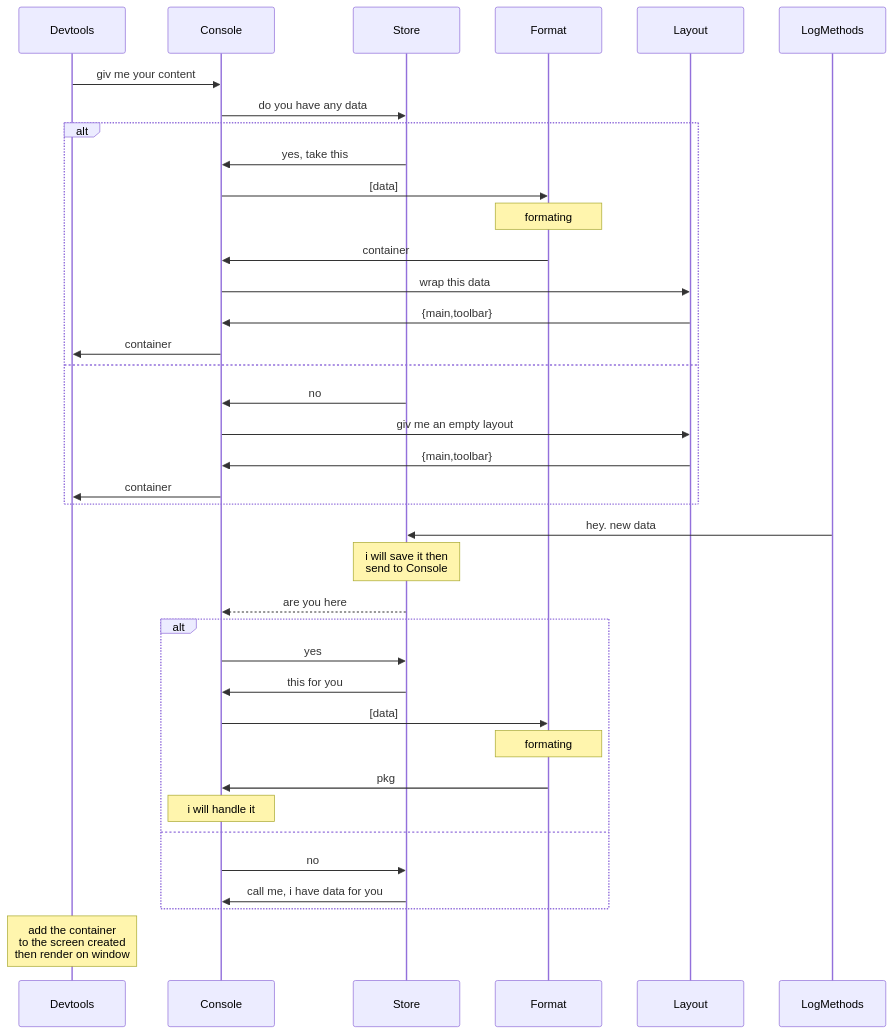
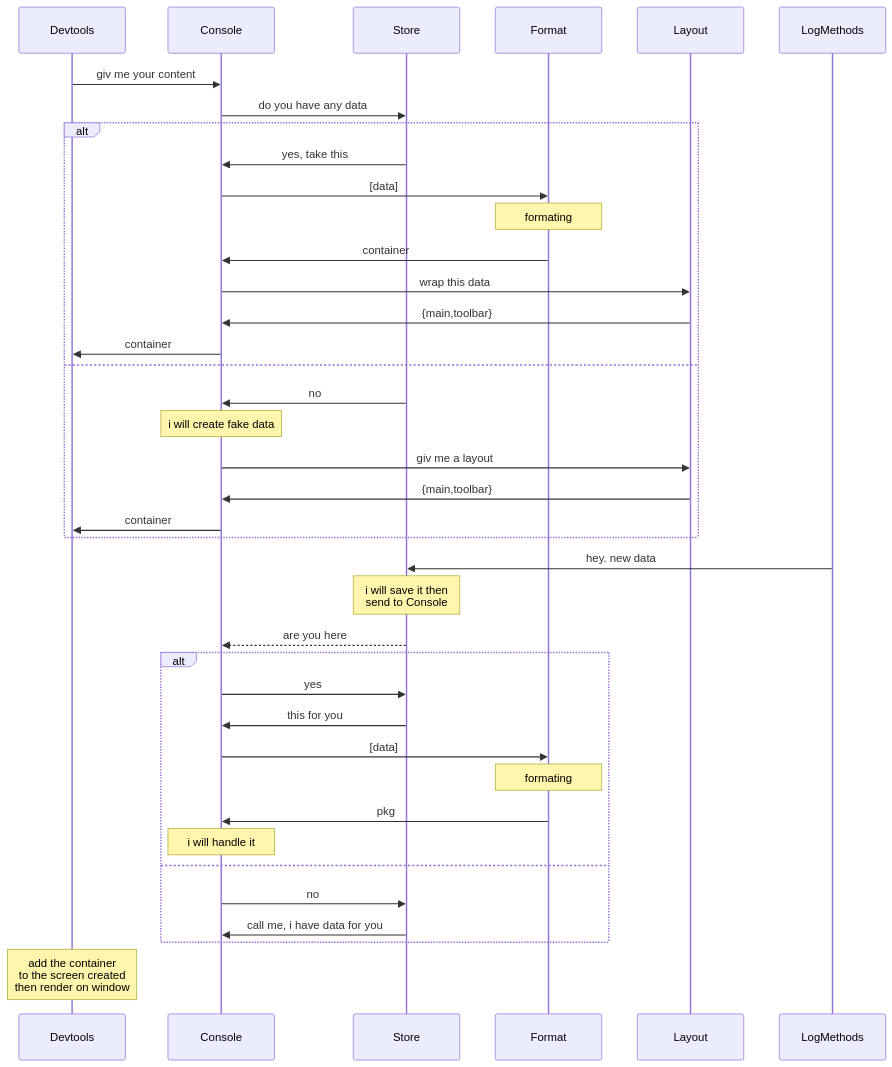
One commit to moo-m/MDev changed the second of 2 diagrams in README.md. Above: the diagram before and after it, drawn with Mermaid. The commit also changed other lines of this file, not shown here.

````diff
--- a/README.md
+++ b/README.md
@@ -135,53 +134,54 @@
 ```mermaid
 sequenceDiagram
 participant Devtools
 participant Console
 participant Store
 participant Format
 participant Layout
 participant LogMethods
 
 Devtools->>Console:giv me your content
 Console ->> Store:do you have any data
 
 alt
 Store->>Console:yes, take this
 Console ->> Format:[data]
 Note over Format:formating
 Format ->> Console: container
 Console->>Layout:wrap this data
 Layout ->> Console:{main,toolbar}
 Console ->>Devtools:container
 
 else
 
 Store->>Console:no
-Console->>Layout:giv me an empty layout
+Note over Console:i will create fake data
+Console->>Layout:giv me a layout
 Layout ->> Console:{main,toolbar}
 Console ->>Devtools:container
 
 end
 
 LogMethods->>Store:hey. new data
 Note over Store:i will save it then<br/>send to Console
 Store -->> Console: are you here 
 
 alt
 
 Console->>Store:yes
 Store ->>Console:this for you
 Console ->> Format:[data]
 Note over Format:formating
 Format ->> Console:pkg
 Note over Console:i will handle it
 
 else
 
 Console->>Store:no
 Store ->>Console:call me, i have data for you
 
 end
 
 Note over Devtools:add the container <br/>to the screen created <br/>then render on window
 
 ```
````
